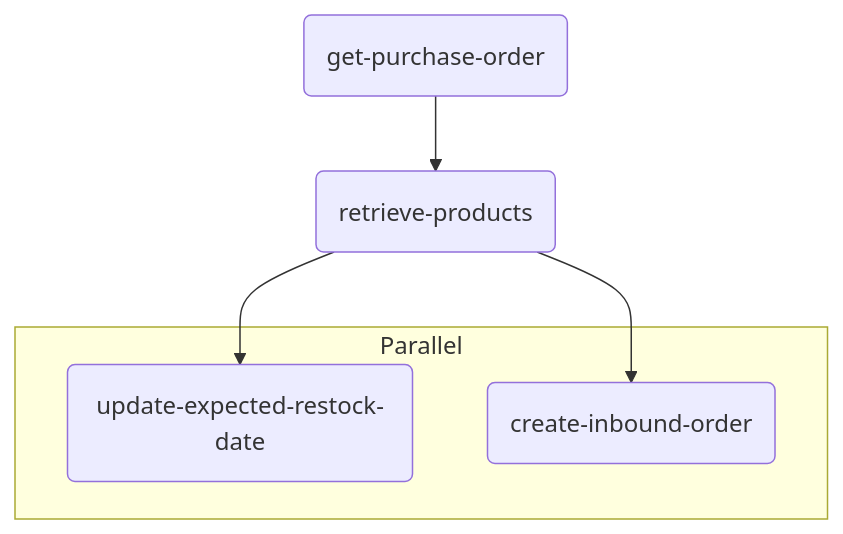
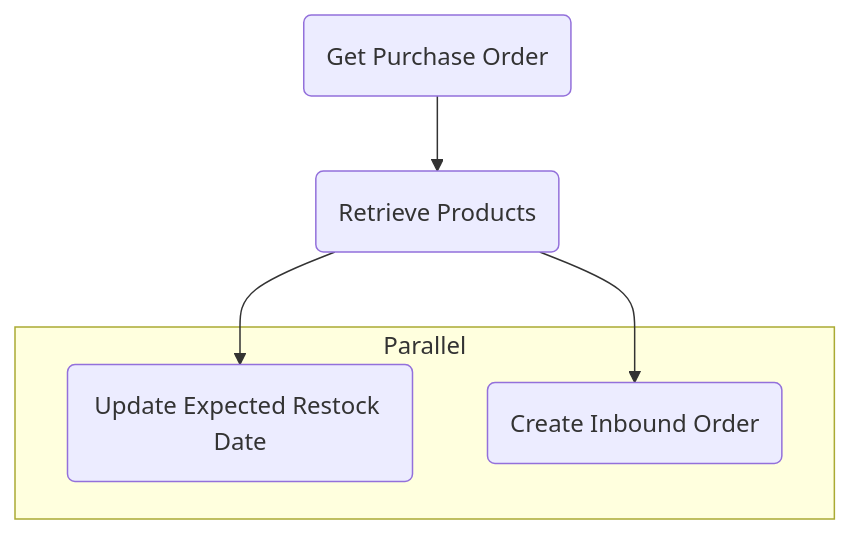
The diagram in erp-to-wms/README.md (medusajs/workflow-examples), drawn with Mermaid before and after one commit.

Commit message:
update diagram for erp-to-wms

````diff
--- a/erp-to-wms/README.md
+++ b/erp-to-wms/README.md
@@ -31,19 +31,19 @@
 ```mermaid
-	flowchart TB
-		getpurchaseorder(get-purchase-order)
-		
-		retrieveproducts(retrieve-products)
-		
-		subgraph parallel2uaj [Parallel]
-		
-		updateexpectedrestockdate(update-expected-restock-date)
-		createinboundorder(create-inbound-order)
-		end
-		
+flowchart TB
+  getpurchaseorder(Get Purchase Order)
+  
+  retrieveproducts(Retrieve Products)
+  
+  subgraph parallelhSNY [Parallel]
+  
+  updateexpectedrestockdate(Update Expected Restock Date)
+  createinboundorder(Create Inbound Order)
+  end
+  
 
-		getpurchaseorder --> retrieveproducts
-		
-		retrieveproducts --> updateexpectedrestockdate
-		
-		retrieveproducts --> createinboundorder
+  getpurchaseorder --> retrieveproducts
+  
+  retrieveproducts --> updateexpectedrestockdate
+  
+  retrieveproducts --> createinboundorder
 ```
````
